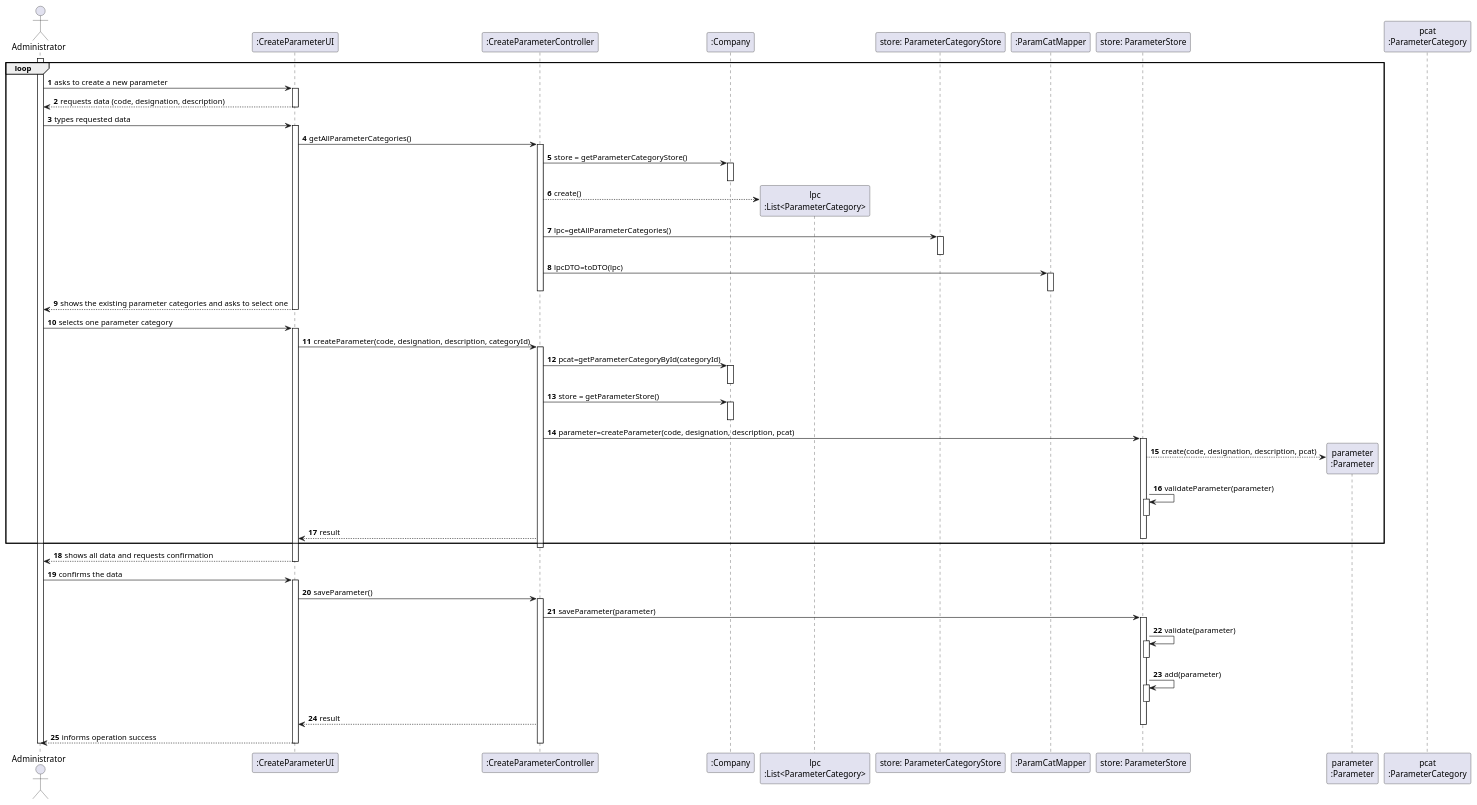
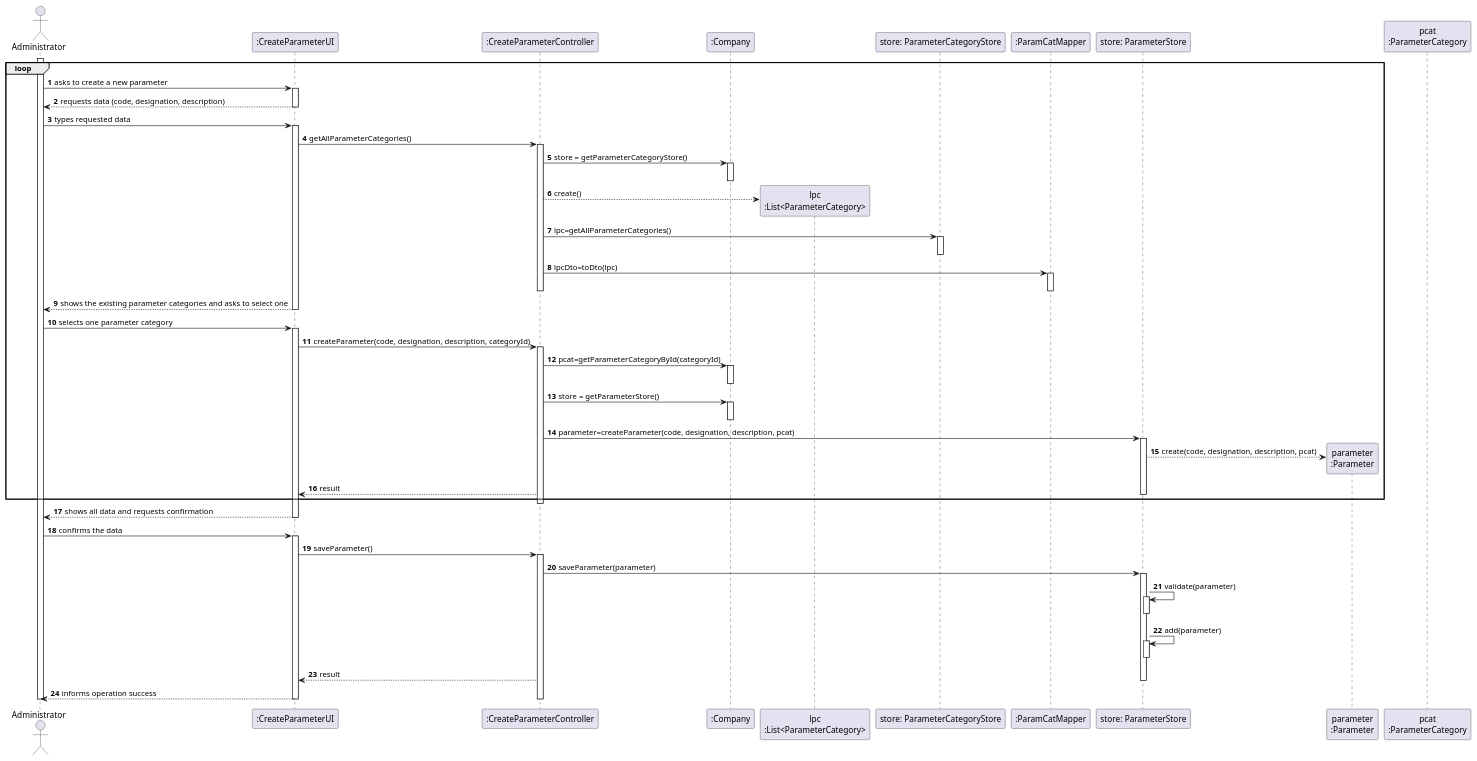
One commit to 0franciscor/lei-21-s2-1de-g19 changed the diagram in docs/SprintB/US10/US10-SD.puml. Above: the diagram before and after it, drawn with PlantUML. The commit also changed 3 other files, not shown here.

```diff
--- a/docs/SprintB/US10/US10-SD.puml
+++ b/docs/SprintB/US10/US10-SD.puml
@@ -1,108 +1,106 @@
 @startuml
 'https://plantuml.com/sequence-diagram
 
 autonumber
 'hide footbox
 actor "Administrator" as ADM
 
 participant ":CreateParameterUI" as CPUI
 participant ":CreateParameterController" as CPC
 participant ":Company" as COMP
 participant "lpc\n:List<ParameterCategory>" as LIST_CAT
 participant "store: ParameterCategoryStore" as PCS
 participant ":ParamCatMapper" as PCM
 participant "store: ParameterStore" as PS
 participant "parameter\n:Parameter" as PARAM
 participant "pcat\n:ParameterCategory" as CAT
 
 loop
 activate ADM
 ADM -> CPUI : asks to create a new parameter
 activate CPUI
 CPUI --> ADM : requests data (code, designation, description)
 deactivate CPUI
 
 ADM -> CPUI : types requested data
 activate CPUI
 
 CPUI -> CPC : getAllParameterCategories()
 activate CPC
 
 CPC -> COMP : store = getParameterCategoryStore()
 activate COMP
 deactivate COMP
 
 CPC --> LIST_CAT** : create()
 
 CPC -> PCS : lpc=getAllParameterCategories()
 activate PCS
 deactivate PCS
 
 
-CPC -> PCM : lpcDTO=toDTO(lpc)
+CPC -> PCM : lpcDto=toDto(lpc)
 activate PCM
 deactivate PCM
 
 deactivate CPC
 
 CPUI --> ADM : shows the existing parameter categories and asks to select one
 deactivate COMP
 deactivate CPUI
 
 ADM -> CPUI : selects one parameter category
 activate CPUI
 
 CPUI -> CPC : createParameter(code, designation, description, categoryId)
 activate CPC
 
 CPC -> COMP : pcat=getParameterCategoryById(categoryId)
 activate COMP
 deactivate COMP
 
 CPC -> COMP: store = getParameterStore()
 activate COMP
 deactivate COMP
 
 CPC -> PS: parameter=createParameter(code, designation, description, pcat)
 activate PS
 
 PS --> PARAM**: create(code, designation, description, pcat)
-PS -> PS: validateParameter(parameter)
-activate PS
-deactivate PS
+
 
 CPC --> CPUI: result
 deactivate PS
 end
 deactivate CPC
 CPUI --> ADM: shows all data and requests confirmation
 
 
 deactivate CPUI
 
 ADM -> CPUI : confirms the data
 activate CPUI
 CPUI -> CPC : saveParameter()
 activate CPC
 
 CPC -> PS : saveParameter(parameter)
 activate PS
 
 PS -> PS: validate(parameter)
 activate PS
 deactivate PS
 PS -> PS: add(parameter)
 activate PS
 deactivate PS
 
 
 CPC --> CPUI: result
 deactivate PS
 CPUI --> ADM : informs operation success
 
 deactivate CPC
 deactivate CPUI
 
 deactivate ADM
 
 @enduml
```
